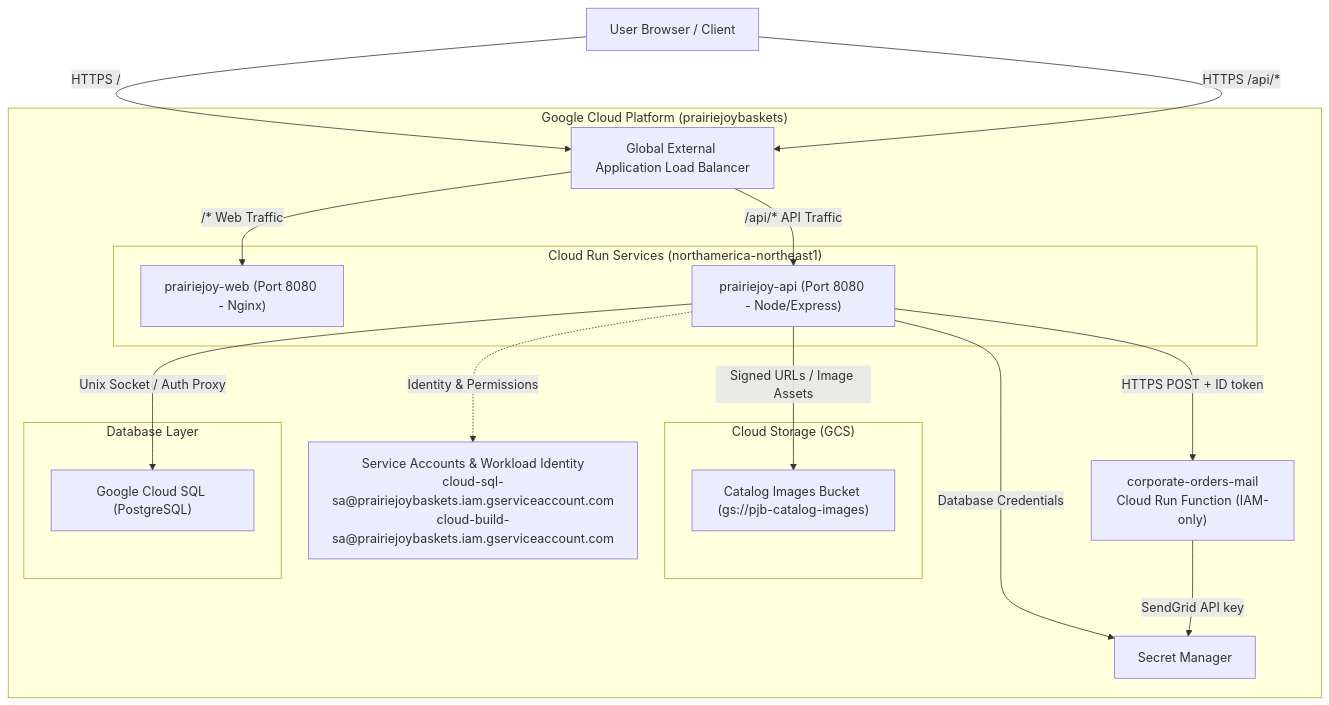
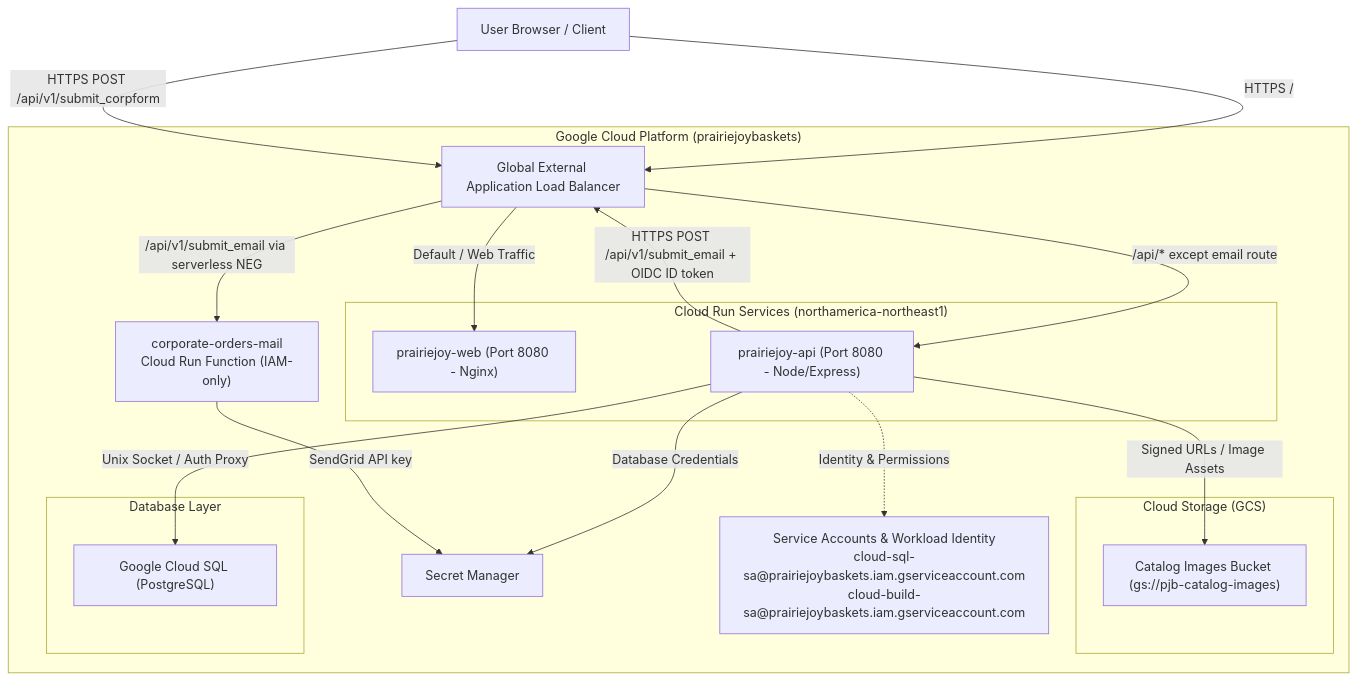
Before and after one commit to Dgoralkin/PrairieJoyBaskets: the diagram in PROJECT_ARCHITECTURE.md, drawn with Mermaid. The commit also changed other lines of this file and 2 other files, not shown here.

Commit message:
3-cloud-run-function updated with OIDC ID Token and tested

````diff
--- a/PROJECT_ARCHITECTURE.md
+++ b/PROJECT_ARCHITECTURE.md
@@ -12,38 +13,39 @@
 ```mermaid
 flowchart TD
     Client["User Browser / Client"]
 
     subgraph GCP["Google Cloud Platform (prairiejoybaskets)"]
         GLB["Global External Application Load Balancer"]
         
         subgraph CloudRun["Cloud Run Services (northamerica-northeast1)"]
             WebRun["prairiejoy-web (Port 8080 - Nginx)"]
             ApiRun["prairiejoy-api (Port 8080 - Node/Express)"]
         end
         EmailRun["corporate-orders-mail\nCloud Run Function (IAM-only)"]
 
         subgraph Storage["Cloud Storage (GCS)"]
             GCS_Images["Catalog Images Bucket (gs://pjb-catalog-images)"]
         end
         
         subgraph Data["Database Layer"]
             CloudSQL["Google Cloud SQL (PostgreSQL)"]
         end
 
         SecretMgr["Secret Manager"]
         IAM["Service Accounts & Workload Identity\ncloud-sql-sa@prairiejoybaskets.iam.gserviceaccount.com\ncloud-build-sa@prairiejoybaskets.iam.gserviceaccount.com"]
     end
 
     Client -->|HTTPS /| GLB
-    Client -->|HTTPS /api/*| GLB
+    Client -->|HTTPS POST /api/v1/submit_corpform| GLB
     
-    GLB -->|/* Web Traffic| WebRun
-    GLB -->|/api/* API Traffic| ApiRun
+    GLB -->|Default / Web Traffic| WebRun
+    GLB -->|/api/* except email route| ApiRun
+    GLB -->|/api/v1/submit_email via serverless NEG| EmailRun
     
     ApiRun -->|Unix Socket / Auth Proxy| CloudSQL
     ApiRun -->|Signed URLs / Image Assets| GCS_Images
     ApiRun -->|Database Credentials| SecretMgr
     ApiRun -.->|Identity & Permissions| IAM
-    ApiRun -->|HTTPS POST + ID token| EmailRun
+    ApiRun -->|HTTPS POST /api/v1/submit_email + OIDC ID token| GLB
     EmailRun -->|SendGrid API key| SecretMgr
 ```
````
